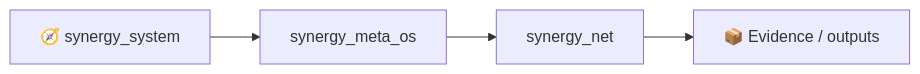
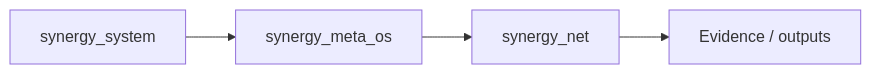
One commit to Shtenco/synergy_net changed the first of 2 diagrams in README.md. Above: the diagram before and after it, drawn with Mermaid. The commit also changed other lines of this file, not shown here.

````diff
--- a/README.md
+++ b/README.md
@@ -365,6 +365,6 @@
 ```mermaid
 flowchart LR
-    SYS[🧭 synergy_system] --> P[synergy_meta_os]
+    SYS[ synergy_system] --> P[synergy_meta_os]
     P --> THIS[synergy_net]
-    THIS --> E[📦 Evidence / outputs]
+    THIS --> E[ Evidence / outputs]
 ```
````
